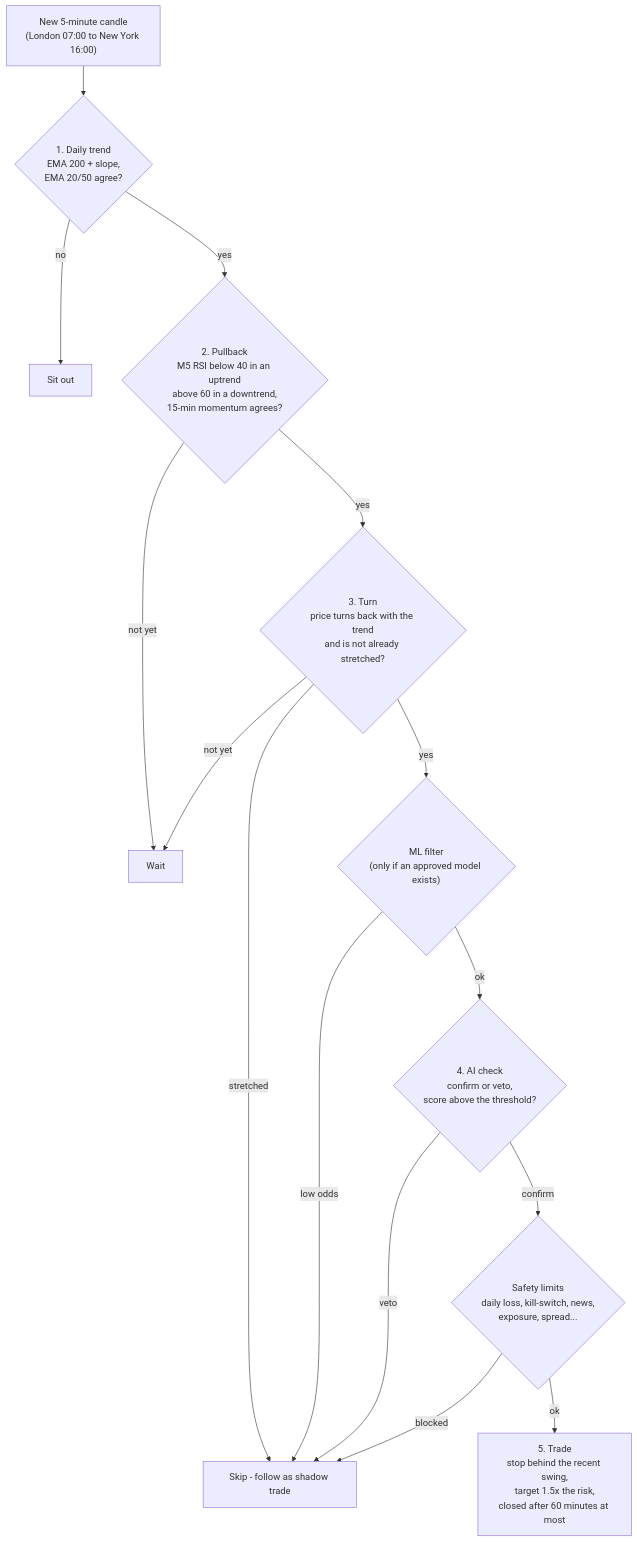
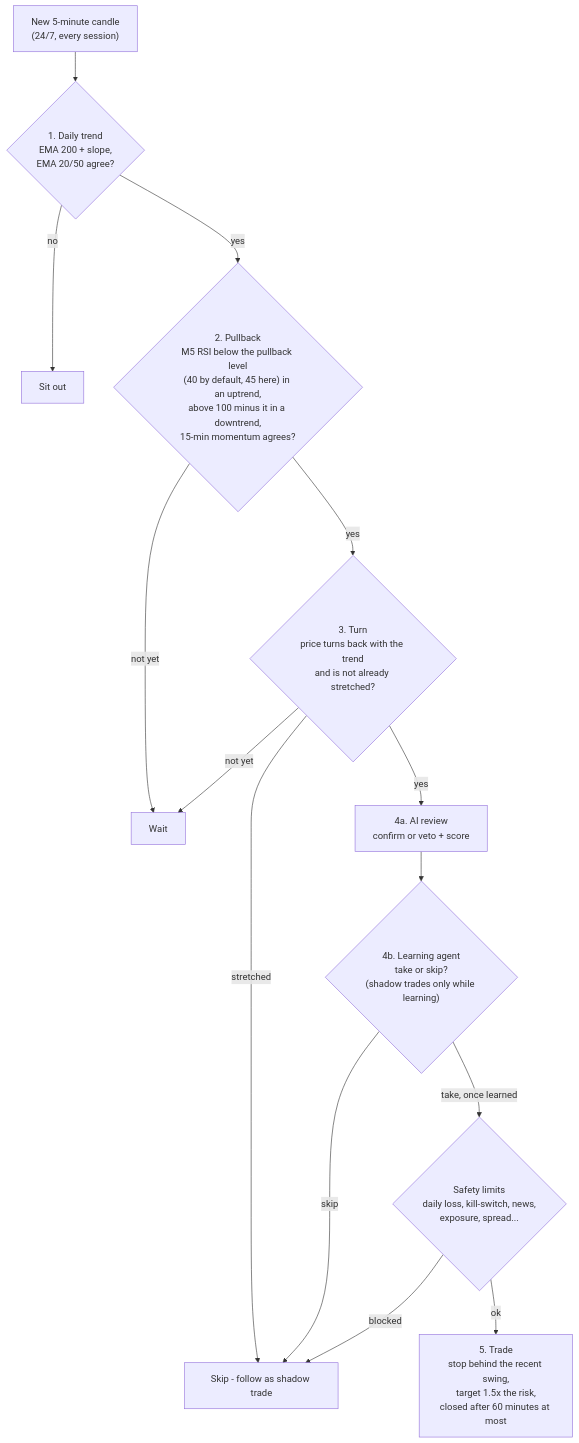
One commit to Hassnain829/Trading-Agent- changed the first of 3 diagrams in README.md. Above: the diagram before and after it, drawn with Mermaid. The commit also changed other lines of this file and 48 other files, not shown here.

````diff
--- a/README.md
+++ b/README.md
@@ -60,17 +63,16 @@
 ```mermaid
 flowchart TD
-    A["New 5-minute candle<br/>(London 07:00 to New York 16:00)"] --> B{"1. Daily trend<br/>EMA 200 + slope,<br/>EMA 20/50 agree?"}
+    A["New 5-minute candle<br/>(24/7, every session)"] --> B{"1. Daily trend<br/>EMA 200 + slope,<br/>EMA 20/50 agree?"}
     B -- no --> X1["Sit out"]
-    B -- yes --> C{"2. Pullback<br/>M5 RSI below 40 in an uptrend<br/>above 60 in a downtrend,<br/>15-min momentum agrees?"}
+    B -- yes --> C{"2. Pullback<br/>M5 RSI below the pullback level<br/>(40 by default, 45 here) in an uptrend,<br/>above 100 minus it in a downtrend,<br/>15-min momentum agrees?"}
     C -- not yet --> X2["Wait"]
     C -- yes --> D{"3. Turn<br/>price turns back with the trend<br/>and is not already stretched?"}
     D -- not yet --> X2
     D -- stretched --> S1["Skip - follow as shadow trade"]
-    D -- yes --> M{"ML filter<br/>(only if an approved model exists)"}
-    M -- low odds --> S1
-    M -- ok --> E{"4. AI check<br/>confirm or veto,<br/>score above the threshold?"}
-    E -- veto --> S1
-    E -- confirm --> R{"Safety limits<br/>daily loss, kill-switch, news,<br/>exposure, spread..."}
+    D -- yes --> E["4a. AI review<br/>confirm or veto + score"]
+    E --> G{"4b. Learning agent<br/>take or skip?<br/>(shadow trades only while learning)"}
+    G -- skip --> S1
+    G -- take, once learned --> R{"Safety limits<br/>daily loss, kill-switch, news,<br/>exposure, spread..."}
     R -- blocked --> S1
     R -- ok --> T["5. Trade<br/>stop behind the recent swing,<br/>target 1.5x the risk,<br/>closed after 60 minutes at most"]
 ```
````
